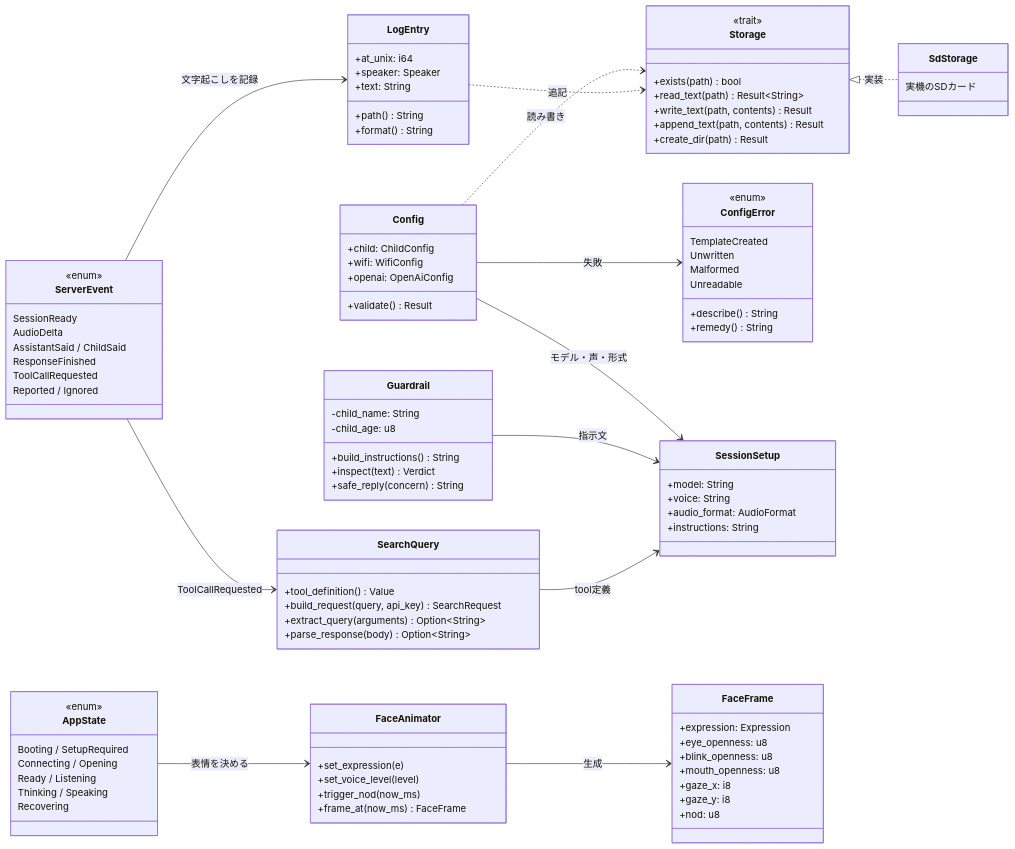
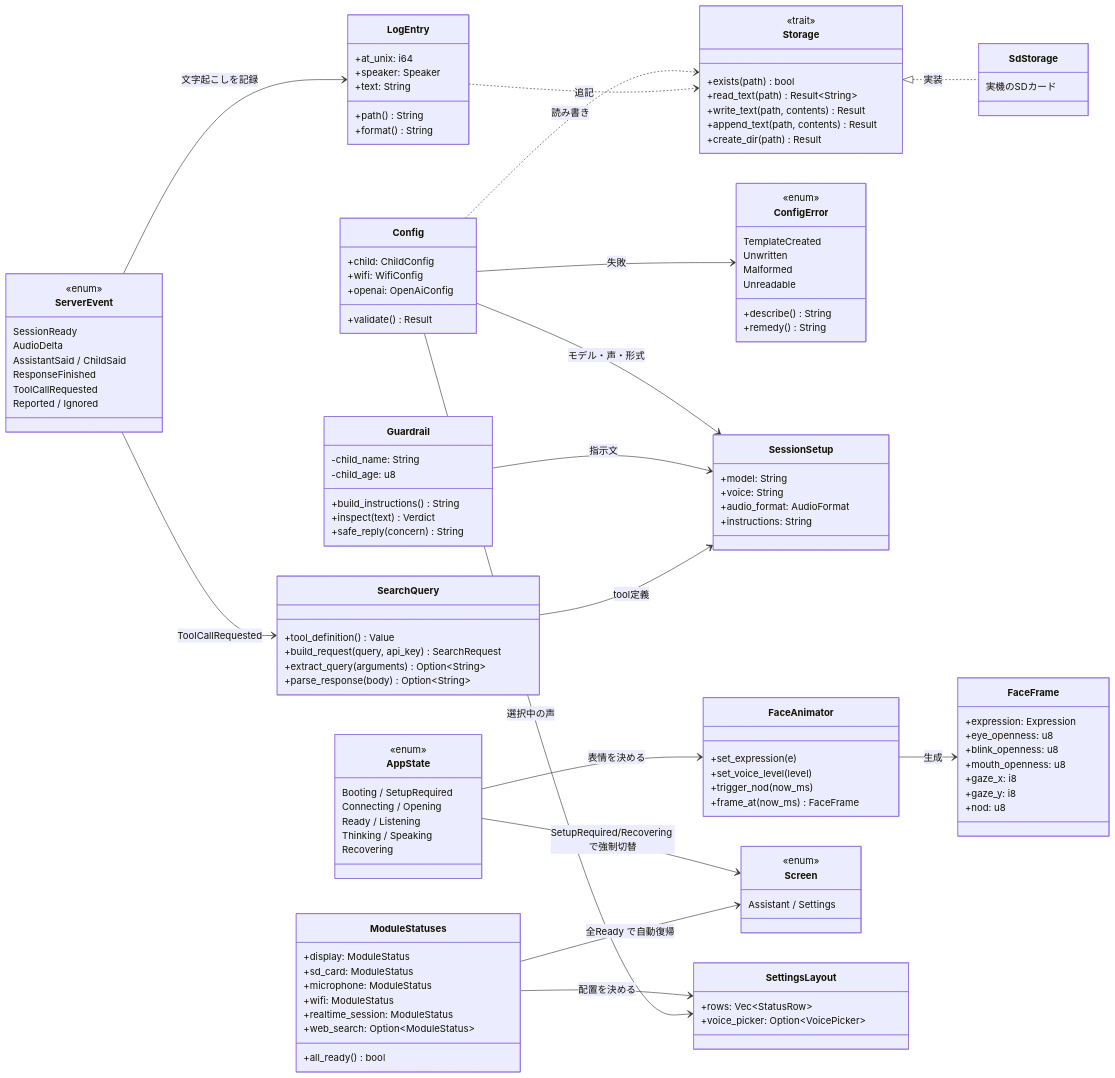
One commit to kibou-vision/m5a changed the second of 2 diagrams in docs/design/architecture.md. Above: the diagram before and after it, drawn with Mermaid. The commit also changed other lines of this file and 18 other files, not shown here.

````diff
--- a/docs/design/architecture.md
+++ b/docs/design/architecture.md
@@ -117,6 +117,26 @@
     +nod: u8
   }
 
+  class Screen {
+    <<enum>>
+    Assistant / Settings
+  }
+
+  class ModuleStatuses {
+    +display: ModuleStatus
+    +sd_card: ModuleStatus
+    +microphone: ModuleStatus
+    +wifi: ModuleStatus
+    +realtime_session: ModuleStatus
+    +web_search: Option~ModuleStatus~
+    +all_ready() bool
+  }
+
+  class SettingsLayout {
+    +rows: Vec~StatusRow~
+    +voice_picker: Option~VoicePicker~
+  }
+
   class LogEntry {
     +at_unix: i64
     +speaker: Speaker
@@ -140,4 +160,8 @@
   FaceAnimator --> FaceFrame : 生成
   ServerEvent --> LogEntry : 文字起こしを記録
   LogEntry ..> Storage : 追記
+  ModuleStatuses --> SettingsLayout : 配置を決める
+  Config --> SettingsLayout : 選択中の声
+  AppState --> Screen : SetupRequired/Recovering で強制切替
+  ModuleStatuses --> Screen : 全Ready で自動復帰
 ```
````
